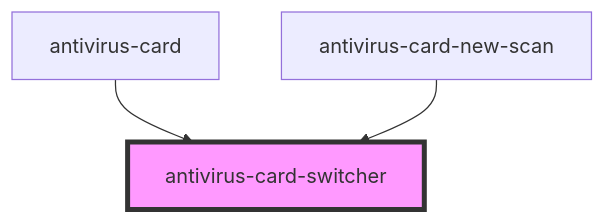
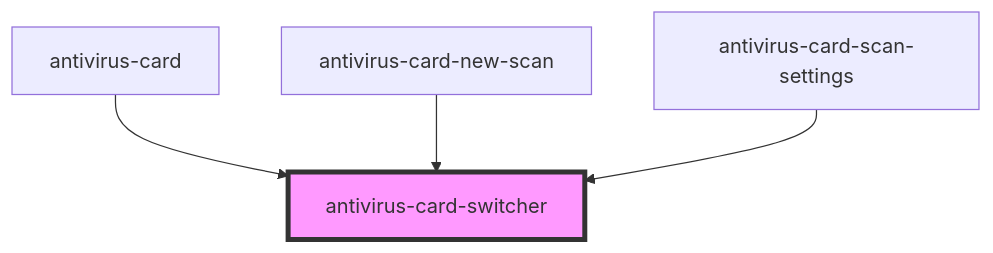
One commit to ispsystem/plugin-imunify changed the diagram in client/packages/antivirus-card/src/components/switcher/readme.md. Above: the diagram before and after it, drawn with Mermaid. The commit also changed other lines of this file and 21 other files, not shown here.

Commit message:
wip(antivirus-card): 🚧 actions dont work :-(

````diff
--- a/client/packages/antivirus-card/src/components/switcher/readme.md
+++ b/client/packages/antivirus-card/src/components/switcher/readme.md
@@ -16,6 +17,7 @@
 ```mermaid
 graph TD;
   antivirus-card --> antivirus-card-switcher
   antivirus-card-new-scan --> antivirus-card-switcher
+  antivirus-card-scan-settings --> antivirus-card-switcher
   style antivirus-card-switcher fill:#f9f,stroke:#333,stroke-width:4px
 ```
````
